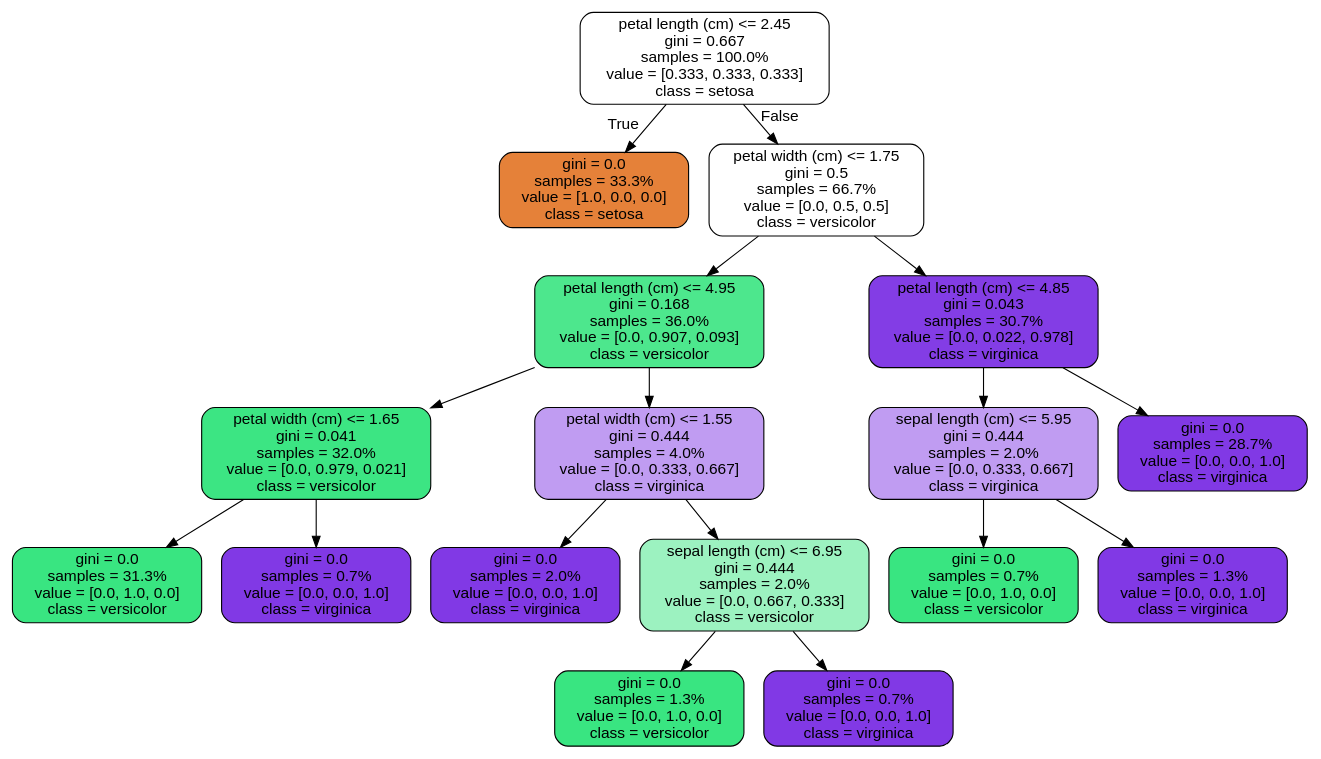
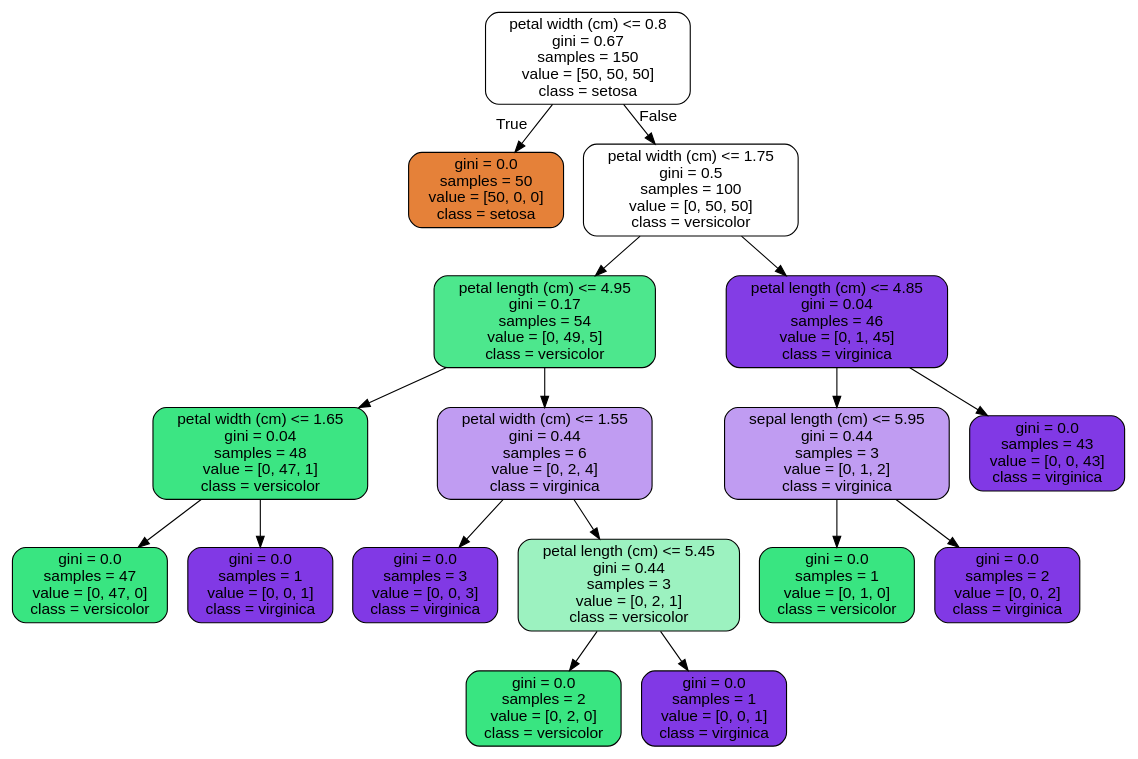
One commit to anyaconda/ML_lib changed the diagram in SciKitLearn/myVis/Iris_tree.dot. Above: the diagram before and after it, drawn with Graphviz. The commit also changed 3 other files, not shown here.

Commit message:
Iris_tree_vis: visualising with Graphviz; added instrucitons

```diff
--- a/SciKitLearn/myVis/Iris_tree.dot
+++ b/SciKitLearn/myVis/Iris_tree.dot
@@ -1,37 +1,37 @@
 digraph Tree {
 node [shape=box, style="filled, rounded", color="black", fontname=helvetica] ;
 edge [fontname=helvetica] ;
-0 [label="petal length (cm) <= 2.45\ngini = 0.667\nsamples = 100.0%\nvalue = [0.333, 0.333, 0.333]\nclass = setosa", fillcolor="#e5813900"] ;
-1 [label="gini = 0.0\nsamples = 33.3%\nvalue = [1.0, 0.0, 0.0]\nclass = setosa", fillcolor="#e58139ff"] ;
+0 [label="petal width (cm) <= 0.8\ngini = 0.67\nsamples = 150\nvalue = [50, 50, 50]\nclass = setosa", fillcolor="#e5813900"] ;
+1 [label="gini = 0.0\nsamples = 50\nvalue = [50, 0, 0]\nclass = setosa", fillcolor="#e58139ff"] ;
 0 -> 1 [labeldistance=2.5, labelangle=45, headlabel="True"] ;
-2 [label="petal width (cm) <= 1.75\ngini = 0.5\nsamples = 66.7%\nvalue = [0.0, 0.5, 0.5]\nclass = versicolor", fillcolor="#39e58100"] ;
+2 [label="petal width (cm) <= 1.75\ngini = 0.5\nsamples = 100\nvalue = [0, 50, 50]\nclass = versicolor", fillcolor="#39e58100"] ;
 0 -> 2 [labeldistance=2.5, labelangle=-45, headlabel="False"] ;
-3 [label="petal length (cm) <= 4.95\ngini = 0.168\nsamples = 36.0%\nvalue = [0.0, 0.907, 0.093]\nclass = versicolor", fillcolor="#39e581e5"] ;
+3 [label="petal length (cm) <= 4.95\ngini = 0.17\nsamples = 54\nvalue = [0, 49, 5]\nclass = versicolor", fillcolor="#39e581e5"] ;
 2 -> 3 ;
-4 [label="petal width (cm) <= 1.65\ngini = 0.041\nsamples = 32.0%\nvalue = [0.0, 0.979, 0.021]\nclass = versicolor", fillcolor="#39e581fa"] ;
+4 [label="petal width (cm) <= 1.65\ngini = 0.04\nsamples = 48\nvalue = [0, 47, 1]\nclass = versicolor", fillcolor="#39e581fa"] ;
 3 -> 4 ;
-5 [label="gini = 0.0\nsamples = 31.3%\nvalue = [0.0, 1.0, 0.0]\nclass = versicolor", fillcolor="#39e581ff"] ;
+5 [label="gini = 0.0\nsamples = 47\nvalue = [0, 47, 0]\nclass = versicolor", fillcolor="#39e581ff"] ;
 4 -> 5 ;
-6 [label="gini = 0.0\nsamples = 0.7%\nvalue = [0.0, 0.0, 1.0]\nclass = virginica", fillcolor="#8139e5ff"] ;
+6 [label="gini = 0.0\nsamples = 1\nvalue = [0, 0, 1]\nclass = virginica", fillcolor="#8139e5ff"] ;
 4 -> 6 ;
-7 [label="petal width (cm) <= 1.55\ngini = 0.444\nsamples = 4.0%\nvalue = [0.0, 0.333, 0.667]\nclass = virginica", fillcolor="#8139e57f"] ;
+7 [label="petal width (cm) <= 1.55\ngini = 0.44\nsamples = 6\nvalue = [0, 2, 4]\nclass = virginica", fillcolor="#8139e57f"] ;
 3 -> 7 ;
-8 [label="gini = 0.0\nsamples = 2.0%\nvalue = [0.0, 0.0, 1.0]\nclass = virginica", fillcolor="#8139e5ff"] ;
+8 [label="gini = 0.0\nsamples = 3\nvalue = [0, 0, 3]\nclass = virginica", fillcolor="#8139e5ff"] ;
 7 -> 8 ;
-9 [label="sepal length (cm) <= 6.95\ngini = 0.444\nsamples = 2.0%\nvalue = [0.0, 0.667, 0.333]\nclass = versicolor", fillcolor="#39e5817f"] ;
+9 [label="petal length (cm) <= 5.45\ngini = 0.44\nsamples = 3\nvalue = [0, 2, 1]\nclass = versicolor", fillcolor="#39e5817f"] ;
 7 -> 9 ;
-10 [label="gini = 0.0\nsamples = 1.3%\nvalue = [0.0, 1.0, 0.0]\nclass = versicolor", fillcolor="#39e581ff"] ;
+10 [label="gini = 0.0\nsamples = 2\nvalue = [0, 2, 0]\nclass = versicolor", fillcolor="#39e581ff"] ;
 9 -> 10 ;
-11 [label="gini = 0.0\nsamples = 0.7%\nvalue = [0.0, 0.0, 1.0]\nclass = virginica", fillcolor="#8139e5ff"] ;
+11 [label="gini = 0.0\nsamples = 1\nvalue = [0, 0, 1]\nclass = virginica", fillcolor="#8139e5ff"] ;
 9 -> 11 ;
-12 [label="petal length (cm) <= 4.85\ngini = 0.043\nsamples = 30.7%\nvalue = [0.0, 0.022, 0.978]\nclass = virginica", fillcolor="#8139e5f9"] ;
+12 [label="petal length (cm) <= 4.85\ngini = 0.04\nsamples = 46\nvalue = [0, 1, 45]\nclass = virginica", fillcolor="#8139e5f9"] ;
 2 -> 12 ;
-13 [label="sepal length (cm) <= 5.95\ngini = 0.444\nsamples = 2.0%\nvalue = [0.0, 0.333, 0.667]\nclass = virginica", fillcolor="#8139e57f"] ;
+13 [label="sepal length (cm) <= 5.95\ngini = 0.44\nsamples = 3\nvalue = [0, 1, 2]\nclass = virginica", fillcolor="#8139e57f"] ;
 12 -> 13 ;
-14 [label="gini = 0.0\nsamples = 0.7%\nvalue = [0.0, 1.0, 0.0]\nclass = versicolor", fillcolor="#39e581ff"] ;
+14 [label="gini = 0.0\nsamples = 1\nvalue = [0, 1, 0]\nclass = versicolor", fillcolor="#39e581ff"] ;
 13 -> 14 ;
-15 [label="gini = 0.0\nsamples = 1.3%\nvalue = [0.0, 0.0, 1.0]\nclass = virginica", fillcolor="#8139e5ff"] ;
+15 [label="gini = 0.0\nsamples = 2\nvalue = [0, 0, 2]\nclass = virginica", fillcolor="#8139e5ff"] ;
 13 -> 15 ;
-16 [label="gini = 0.0\nsamples = 28.7%\nvalue = [0.0, 0.0, 1.0]\nclass = virginica", fillcolor="#8139e5ff"] ;
+16 [label="gini = 0.0\nsamples = 43\nvalue = [0, 0, 43]\nclass = virginica", fillcolor="#8139e5ff"] ;
 12 -> 16 ;
 }
```
